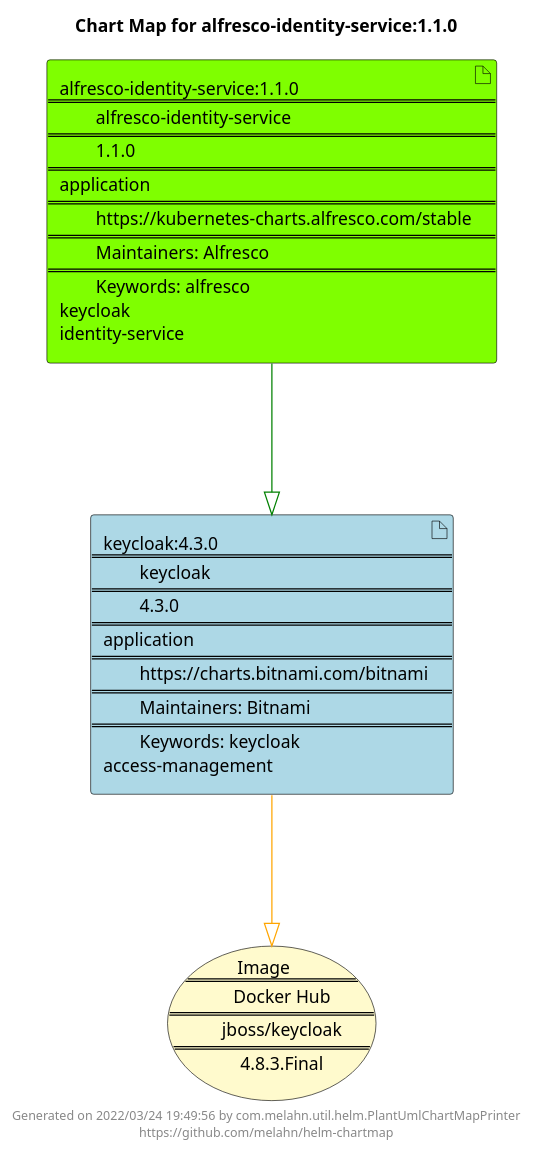
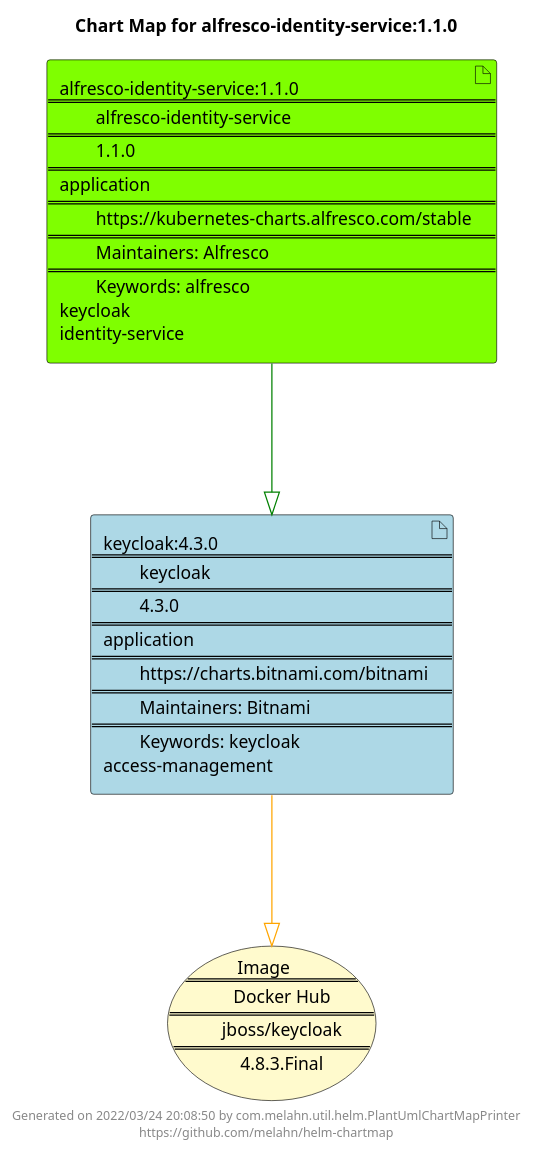
Before and after one commit to melahn/helm-chartmap: the diagram in docs/alfresco-identity-service/alfresco-identity-service-1.1.0.puml, drawn with PlantUML. The commit also changed 51 other files, not shown here.

Commit message:
Update Example Chart Maps as part of GitHub build

```diff
--- a/docs/alfresco-identity-service/alfresco-identity-service-1.1.0.puml
+++ b/docs/alfresco-identity-service/alfresco-identity-service-1.1.0.puml
@@ -1,23 +1,23 @@
 @startuml
 skinparam linetype ortho
 skinparam backgroundColor white
 skinparam usecaseBorderColor black
 skinparam usecaseArrowColor LightSlateGray
 skinparam artifactBorderColor black
 skinparam artifactArrowColor LightSlateGray
 
 title Chart Map for alfresco-identity-service:1.1.0
 
 'There are 2 referenced Helm Charts
 artifact "alfresco-identity-service:1.1.0\n====\n\talfresco-identity-service\n====\n\t1.1.0\n====\napplication\n====\n\thttps://kubernetes-charts.alfresco.com/stable\n====\n\tMaintainers: Alfresco\n====\n\tKeywords: alfresco\nkeycloak\nidentity-service" as alfresco_identity_service_1_1_0 #Chartreuse
 artifact "keycloak:4.3.0\n====\n\tkeycloak\n====\n\t4.3.0\n====\napplication\n====\n\thttps://charts.bitnami.com/bitnami\n====\n\tMaintainers: Bitnami\n====\n\tKeywords: keycloak\naccess-management" as keycloak_4_3_0 #LightBlue
 
 'There is one referenced Docker Image
 usecase "Image\n====\n\tDocker Hub\n====\n\tjboss/keycloak\n====\n\t4.8.3.Final" as jboss_keycloak_4_8_3_Final #LemonChiffon
 
 'Chart Dependencies
 alfresco_identity_service_1_1_0--[#green]-|>keycloak_4_3_0
 keycloak_4_3_0--[#orange]-|>jboss_keycloak_4_8_3_Final
 
-center footer Generated on 2022/03/24 19:49:56 by com.melahn.util.helm.PlantUmlChartMapPrinter\nhttps://github.com/melahn/helm-chartmap
+center footer Generated on 2022/03/24 20:08:50 by com.melahn.util.helm.PlantUmlChartMapPrinter\nhttps://github.com/melahn/helm-chartmap
 @enduml
```
